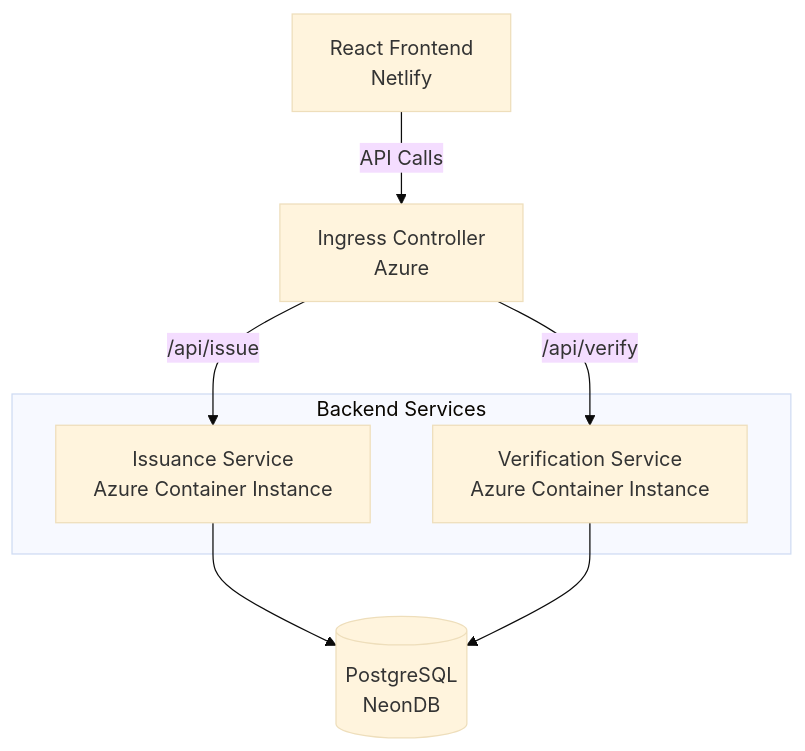
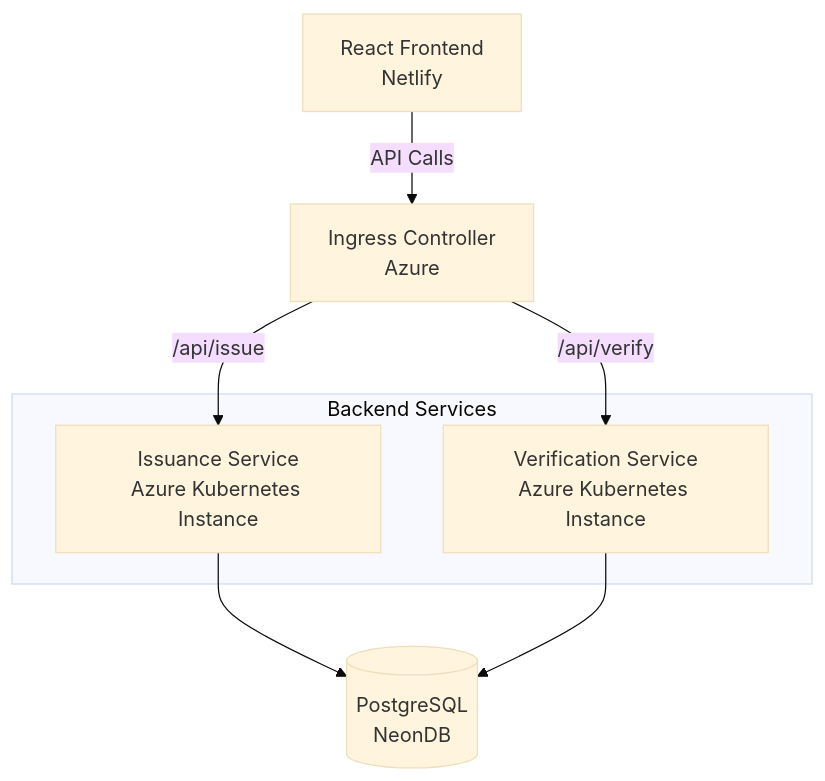
One commit to vedantzope9/KubeCredential_Zupple changed the first of 2 diagrams in README.md. Above: the diagram before and after it, drawn with Mermaid (base theme). The commit also changed other lines of this file, not shown here.

````diff
--- a/README.md
+++ b/README.md
@@ -35,13 +35,13 @@
 ```mermaid
 graph TD
     A[React Frontend<br/>Netlify] -->|API Calls| B[Ingress Controller<br/>Azure]
-    B -->|/api/issue| C[Issuance Service<br/>Azure Container Instance]
-    B -->|/api/verify| D[Verification Service<br/>Azure Container Instance]
+    B -->|/api/issue| C[Issuance Service<br/>Azure Kubernetes Instance]
+    B -->|/api/verify| D[Verification Service<br/>Azure Kubernetes Instance]
     C --> E[(PostgreSQL<br/>NeonDB)]
     D --> E
     
     subgraph "Backend Services"
         C
         D
     end
 ```
````
